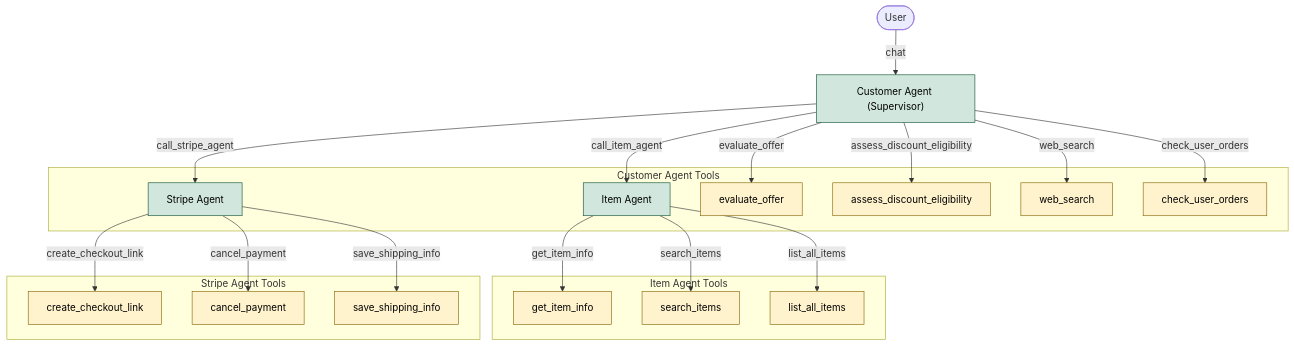
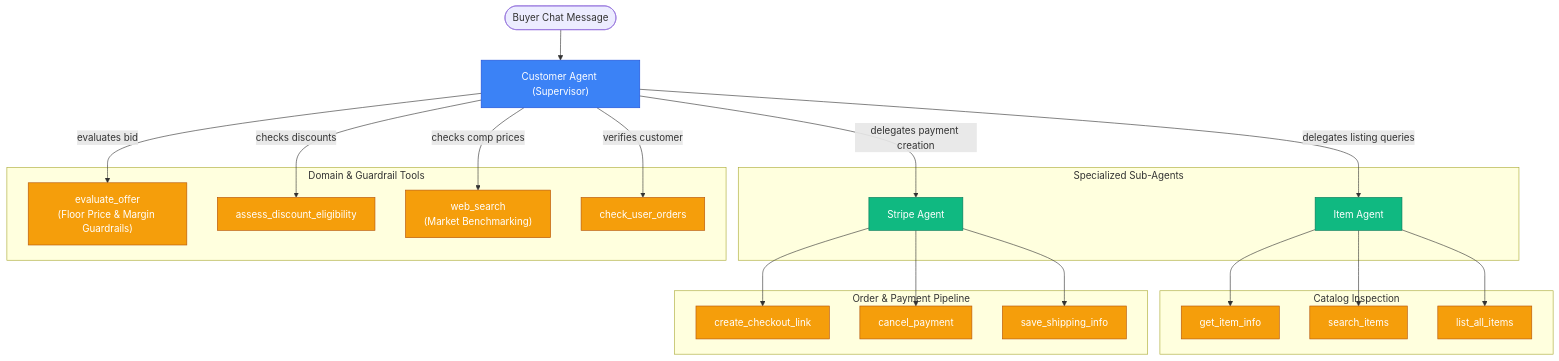
One commit to terryong31/nego-lah changed the second of 3 diagrams in README.md. Above: the diagram before and after it, drawn with Mermaid. The commit also changed other lines of this file and 4 other files, not shown here.

Commit message:
ci: optimize pipeline with path filtering and parallel checks; docs: update README; feat(email): use CDN logo

````diff
--- a/README.md
+++ b/README.md
@@ -74,46 +80,43 @@
 ```mermaid
 graph TD
-    User([User]) --> |chat| CustomerAgent["Customer Agent (Supervisor)"]
-  
-    subgraph Customer Agent Tools
+    User([Buyer Chat Message]) --> Supervisor["Customer Agent (Supervisor)"]
+
+    subgraph Agents["Specialized Sub-Agents"]
         ItemAgent["Item Agent"]
         StripeAgent["Stripe Agent"]
-        EvalOffer["evaluate_offer"]
+    end
+
+    subgraph Tools["Domain & Guardrail Tools"]
+        EvalOffer["evaluate_offer\n(Floor Price & Margin Guardrails)"]
         Discount["assess_discount_eligibility"]
-        WebSearch["web_search"]
+        WebSearch["web_search\n(Market Benchmarking)"]
         Orders["check_user_orders"]
     end
 
-    CustomerAgent -->|call_item_agent| ItemAgent
-    CustomerAgent -->|call_stripe_agent| StripeAgent
-    CustomerAgent -->|evaluate_offer| EvalOffer
-    CustomerAgent -->|assess_discount_eligibility| Discount
-    CustomerAgent -->|web_search| WebSearch
-    CustomerAgent -->|check_user_orders| Orders
+    Supervisor -->|delegates listing queries| ItemAgent
+    Supervisor -->|delegates payment creation| StripeAgent
+    Supervisor -->|evaluates bid| EvalOffer
+    Supervisor -->|checks discounts| Discount
+    Supervisor -->|checks comp prices| WebSearch
+    Supervisor -->|verifies customer| Orders
 
-    subgraph Item Agent Tools
-        GetItemInfo["get_item_info"]
-        SearchItems["search_items"]
-        ListItems["list_all_items"]
+    subgraph ItemTools["Catalog Inspection"]
+        ItemAgent --> GetItem["get_item_info"]
+        ItemAgent --> SearchItems["search_items"]
+        ItemAgent --> ListItems["list_all_items"]
     end
 
-    ItemAgent -->|get_item_info| GetItemInfo
-    ItemAgent -->|search_items| SearchItems
-    ItemAgent -->|list_all_items| ListItems
-  
-    subgraph Stripe Agent Tools
-        CreateLink["create_checkout_link"]
-        CancelPayment["cancel_payment"]
-        ShippingInfo["save_shipping_info"]
+    subgraph StripeTools["Order & Payment Pipeline"]
+        StripeAgent --> CreateLink["create_checkout_link"]
+        StripeAgent --> CancelPayment["cancel_payment"]
+        StripeAgent --> Shipping["save_shipping_info"]
     end
 
-    StripeAgent -->|create_checkout_link| CreateLink
-    StripeAgent -->|cancel_payment| CancelPayment
-    StripeAgent -->|save_shipping_info| ShippingInfo
+    classDef supervisor fill:#3b82f6,stroke:#1d4ed8,color:#fff
+    classDef agent fill:#10b981,stroke:#047857,color:#fff
+    classDef tool fill:#f59e0b,stroke:#b45309,color:#fff
 
-    classDef agent fill:#d1e7dd,stroke:#0f5132,color:#000
-    classDef tool fill:#fff3cd,stroke:#856404,color:#000
-  
-    class CustomerAgent,ItemAgent,StripeAgent agent
-    class EvalOffer,Discount,WebSearch,Orders,GetItemInfo,SearchItems,ListItems,CreateLink,CancelPayment,ShippingInfo tool
+    class Supervisor supervisor
+    class ItemAgent,StripeAgent agent
+    class EvalOffer,Discount,WebSearch,Orders,GetItem,SearchItems,ListItems,CreateLink,CancelPayment,Shipping tool
 ```
````
